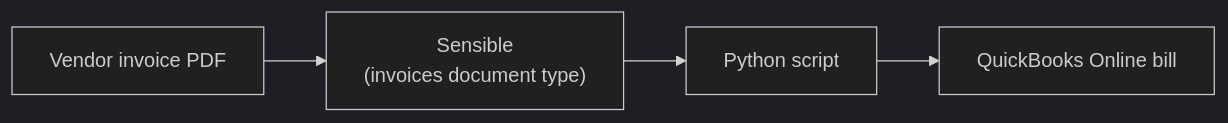
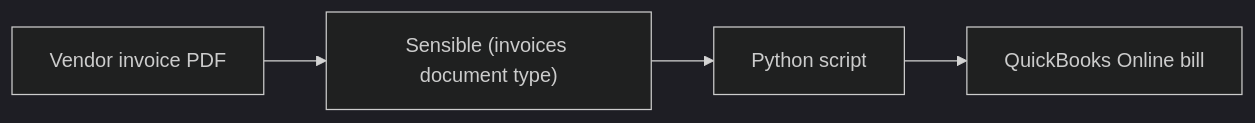
Before and after one commit to sensible-hq/sensible-docs: the diagram in docs/integrations/quickbooks.md, drawn with Mermaid (dark theme).

````diff
--- a/docs/integrations/quickbooks.md
+++ b/docs/integrations/quickbooks.md
@@ -17,6 +17,6 @@
 ```mermaid
 flowchart LR
-    A[Vendor invoice PDF] --> B["Sensible\n(invoices document type)"]
+    A[Vendor invoice PDF] --> B["Sensible (invoices document type)"]
     B --> C["Python script"]
     C --> D["QuickBooks Online bill"]
 ```
````
